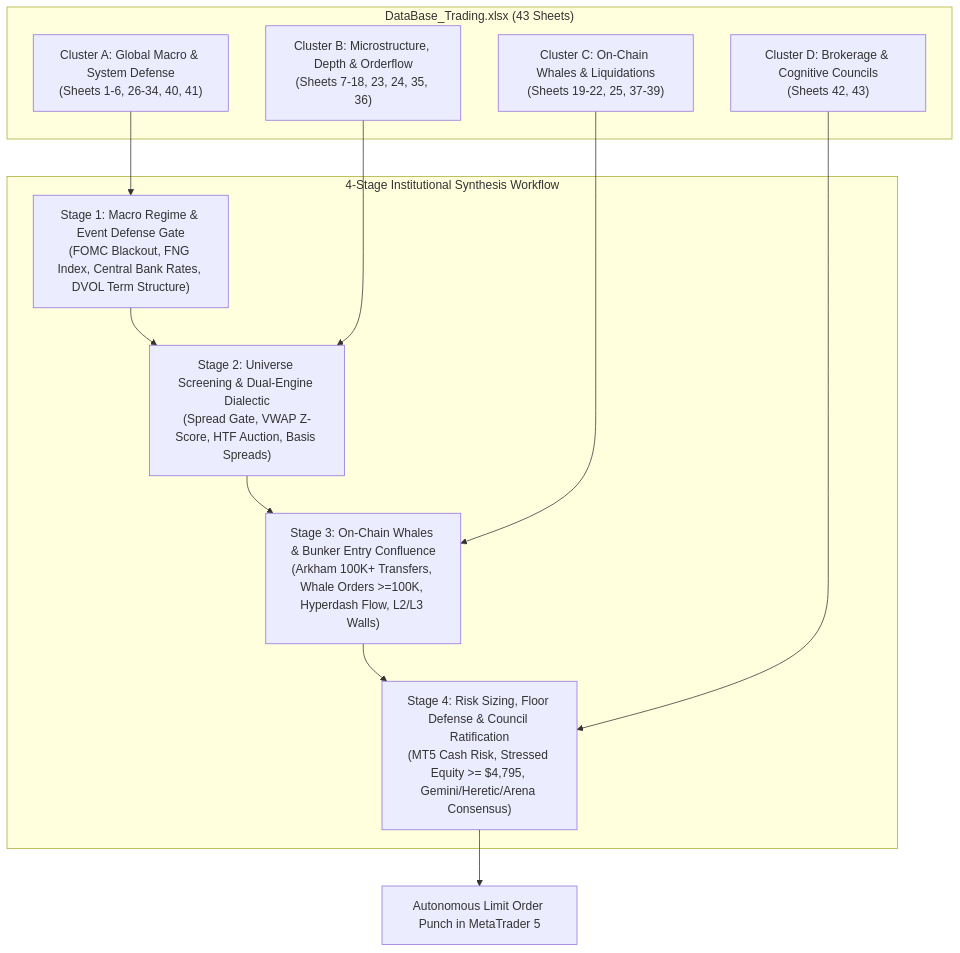
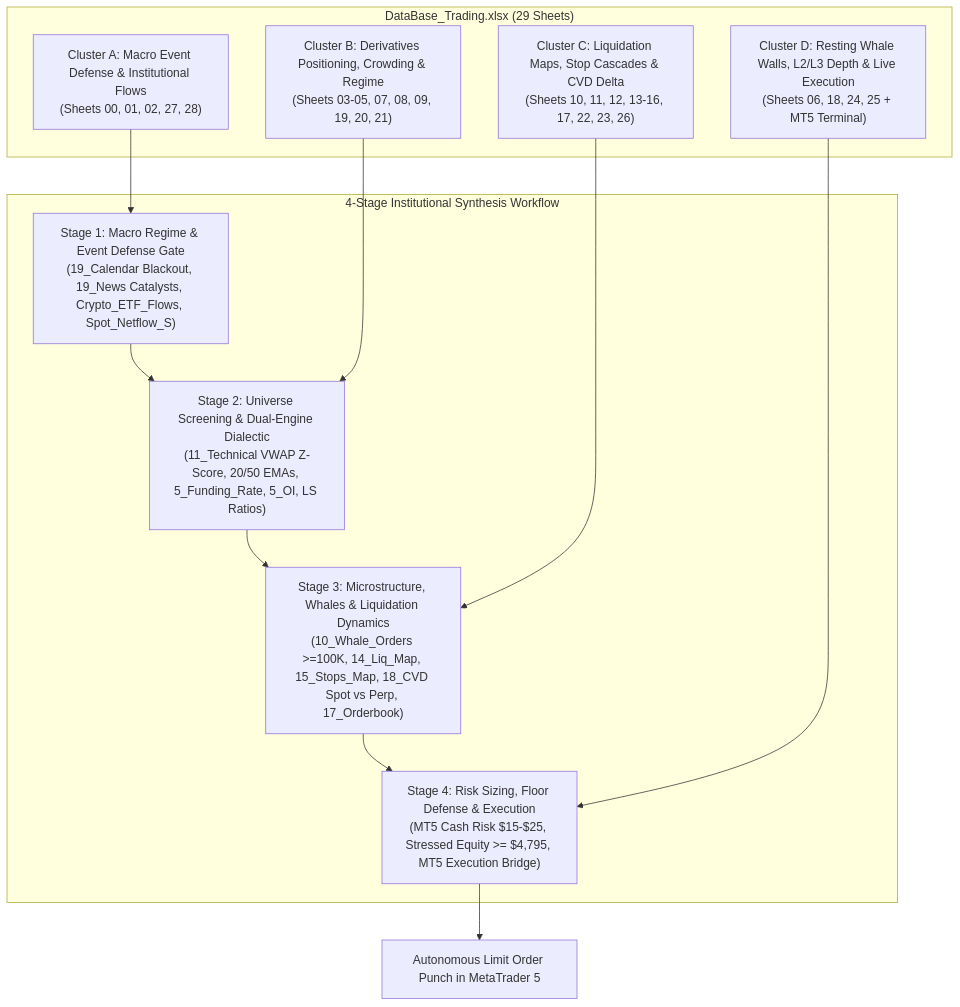
Before and after one commit to kbsingh1399/Trading_2: the fourth of 5 diagrams in docs/specs/STANDARDIZED_TRADING_DECISION_CHAIN.md, drawn with Mermaid. The commit also changed other lines of this file and 45 other files, not shown here.

Commit message:
feat: commit updated 29-sheet DataBase_Trading.xlsx, standardized decision chain spec, MT5 live telemetry, and pipeline daemon

````diff
--- a/docs/specs/STANDARDIZED_TRADING_DECISION_CHAIN.md
+++ b/docs/specs/STANDARDIZED_TRADING_DECISION_CHAIN.md
@@ -421,25 +426,25 @@
 ```mermaid
 flowchart TD
-    subgraph DataWarehouse ["DataBase_Trading.xlsx (43 Sheets)"]
-        CA["Cluster A: Global Macro & System Defense<br/>(Sheets 1-6, 26-34, 40, 41)"]
-        CB["Cluster B: Microstructure, Depth & Orderflow<br/>(Sheets 7-18, 23, 24, 35, 36)"]
-        CC["Cluster C: On-Chain Whales & Liquidations<br/>(Sheets 19-22, 25, 37-39)"]
-        CD["Cluster D: Brokerage & Cognitive Councils<br/>(Sheets 42, 43)"]
+    subgraph DataWarehouse ["DataBase_Trading.xlsx (29 Sheets)"]
+        CA["Cluster A: Macro Event Defense & Institutional Flows<br/>(Sheets 00, 01, 02, 27, 28)"]
+        CB["Cluster B: Derivatives Positioning, Crowding & Regime<br/>(Sheets 03-05, 07, 08, 09, 19, 20, 21)"]
+        CC["Cluster C: Liquidation Maps, Stop Cascades & CVD Delta<br/>(Sheets 10, 11, 12, 13-16, 17, 22, 23, 26)"]
+        CD["Cluster D: Resting Whale Walls, L2/L3 Depth & Live Execution<br/>(Sheets 06, 18, 24, 25 + MT5 Terminal)"]
     end
 
     subgraph DecisionWorkflow ["4-Stage Institutional Synthesis Workflow"]
-        Stage1["Stage 1: Macro Regime & Event Defense Gate<br/>(FOMC Blackout, FNG Index, Central Bank Rates, DVOL Term Structure)"]
-        Stage2["Stage 2: Universe Screening & Dual-Engine Dialectic<br/>(Spread Gate, VWAP Z-Score, HTF Auction, Basis Spreads)"]
-        Stage3["Stage 3: On-Chain Whales & Bunker Entry Confluence<br/>(Arkham 100K+ Transfers, Whale Orders >=100K, Hyperdash Flow, L2/L3 Walls)"]
-        Stage4["Stage 4: Risk Sizing, Floor Defense & Council Ratification<br/>(MT5 Cash Risk, Stressed Equity >= $4,795, Gemini/Heretic/Arena Consensus)"]
+        Stage1["Stage 1: Macro Regime & Event Defense Gate<br/>(19_Calendar Blackout, 19_News Catalysts, Crypto_ETF_Flows, Spot_Netflow_S)"]
+        Stage2["Stage 2: Universe Screening & Dual-Engine Dialectic<br/>(11_Technical VWAP Z-Score, 20/50 EMAs, 5_Funding_Rate, 5_OI, LS Ratios)"]
+        Stage3["Stage 3: Microstructure, Whales & Liquidation Dynamics<br/>(10_Whale_Orders >=100K, 14_Liq_Map, 15_Stops_Map, 18_CVD Spot vs Perp, 17_Orderbook)"]
+        Stage4["Stage 4: Risk Sizing, Floor Defense & Execution<br/>(MT5 Cash Risk $15-$25, Stressed Equity >= $4,795, MT5 Execution Bridge)"]
     end
 
     CA --> Stage1
     Stage1 --> Stage2
     CB --> Stage2
     Stage2 --> Stage3
     CC --> Stage3
     Stage3 --> Stage4
     CD --> Stage4
     Stage4 --> MT5Execution["Autonomous Limit Order Punch in MetaTrader 5"]
 ```
````
